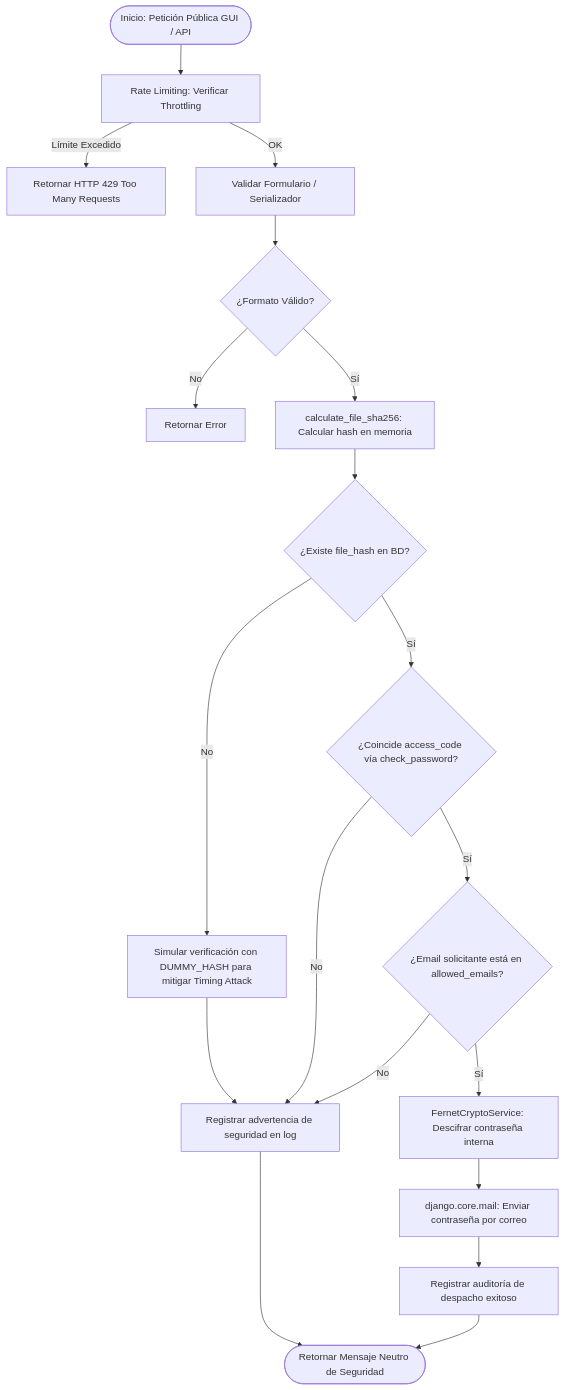
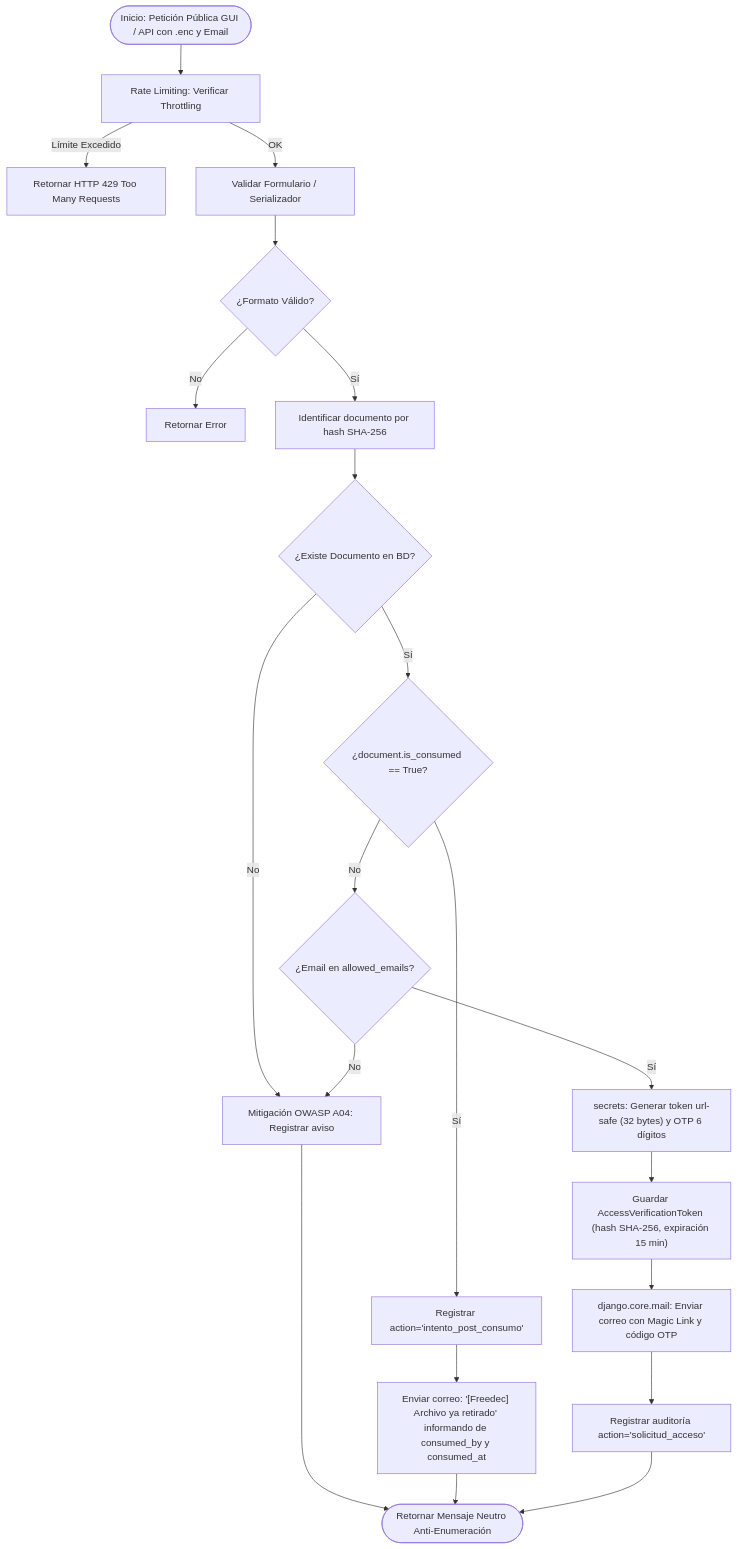
Before and after one commit to jrubioh1/Freedec: the second of 6 diagrams in docs/ARCHITECTURE.md, drawn with Mermaid. The commit also changed other lines of this file and 20 other files, not shown here.

First line of the commit message:
feat: arquitectura DEK multi-usuario, magic link/OTP (15 min), burn-after-read y audit bypass

````diff
--- a/docs/ARCHITECTURE.md
+++ b/docs/ARCHITECTURE.md
@@ -85,23 +89,26 @@
 ```mermaid
 flowchart TD
-    A(["Inicio: Petición Pública GUI / API"]) --> B["Rate Limiting: Verificar Throttling"]
+    A(["Inicio: Petición Pública GUI / API con .enc y Email"]) --> B["Rate Limiting: Verificar Throttling"]
     B -- "Límite Excedido" --> C["Retornar HTTP 429 Too Many Requests"]
     B -- "OK" --> D["Validar Formulario / Serializador"]
     D --> E{"¿Formato Válido?"}
     E -- "No" --> F["Retornar Error"]
-    E -- "Sí" --> G["calculate_file_sha256: Calcular hash en memoria"]
-    G --> H{"¿Existe file_hash en BD?"}
+    E -- "Sí" --> G["Identificar documento por hash SHA-256"]
+    G --> H{"¿Existe Documento en BD?"}
     
-    H -- "No" --> I["Simular verificación con DUMMY_HASH para mitigar Timing Attack"]
-    I --> J["Registrar advertencia de seguridad en log"]
-    J --> K(["Retornar Mensaje Neutro de Seguridad"])
+    H -- "No" --> I["Mitigación OWASP A04: Registrar aviso"]
+    I --> J(["Retornar Mensaje Neutro Anti-Enumeración"])
     
-    H -- "Sí" --> L{"¿Coincide access_code vía check_password?"}
-    L -- "No" --> J
-    L -- "Sí" --> M{"¿Email solicitante está en allowed_emails?"}
-    M -- "No" --> J
-    M -- "Sí" --> N["FernetCryptoService: Descifrar contraseña interna"]
-    N --> O["django.core.mail: Enviar contraseña por correo"]
-    O --> P["Registrar auditoría de despacho exitoso"]
-    P --> K
+    H -- "Sí" --> K{"¿document.is_consumed == True?"}
+    K -- "Sí" --> L["Registrar action='intento_post_consumo'"]
+    L --> M["Enviar correo: '[Freedec] Archivo ya retirado' informando de consumed_by y consumed_at"]
+    M --> J
+    
+    K -- "No" --> N{"¿Email en allowed_emails?"}
+    N -- "No" --> I
+    N -- "Sí" --> O["secrets: Generar token url-safe (32 bytes) y OTP 6 dígitos"]
+    O --> P["Guardar AccessVerificationToken (hash SHA-256, expiración 15 min)"]
+    P --> Q["django.core.mail: Enviar correo con Magic Link y código OTP"]
+    Q --> R["Registrar auditoría action='solicitud_acceso'"]
+    R --> J
 ```
````
